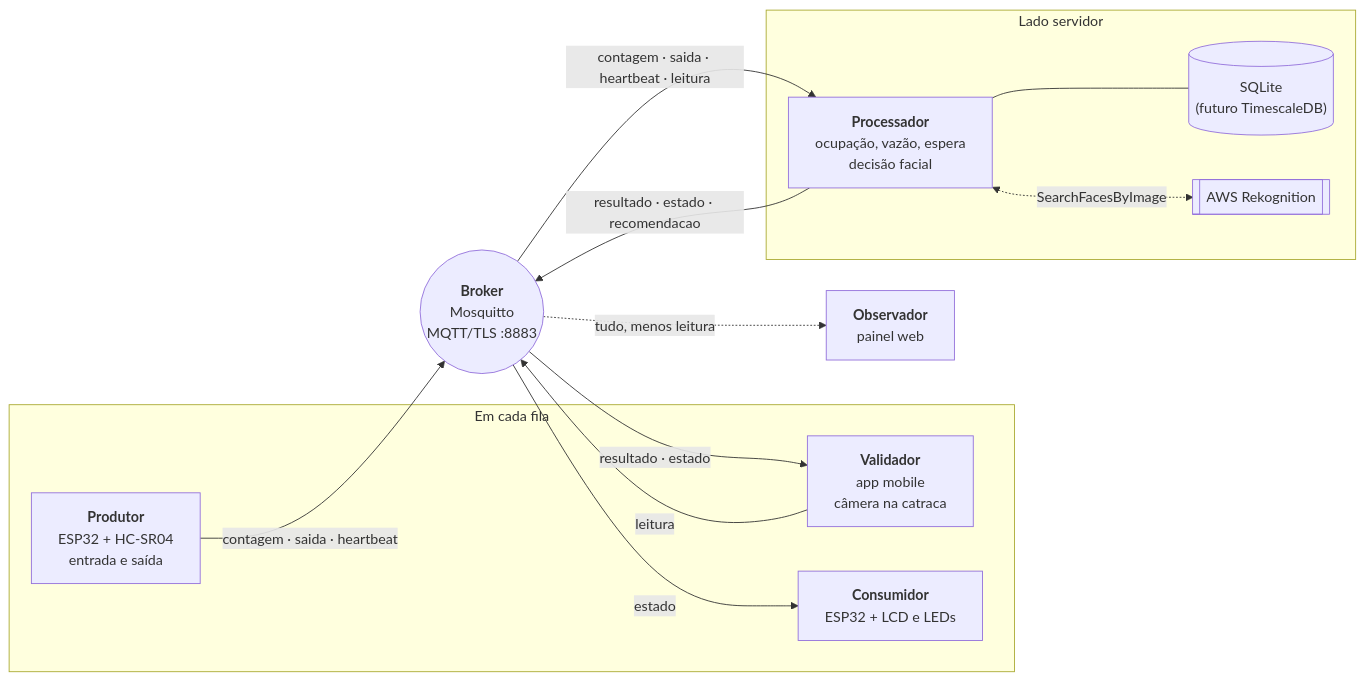
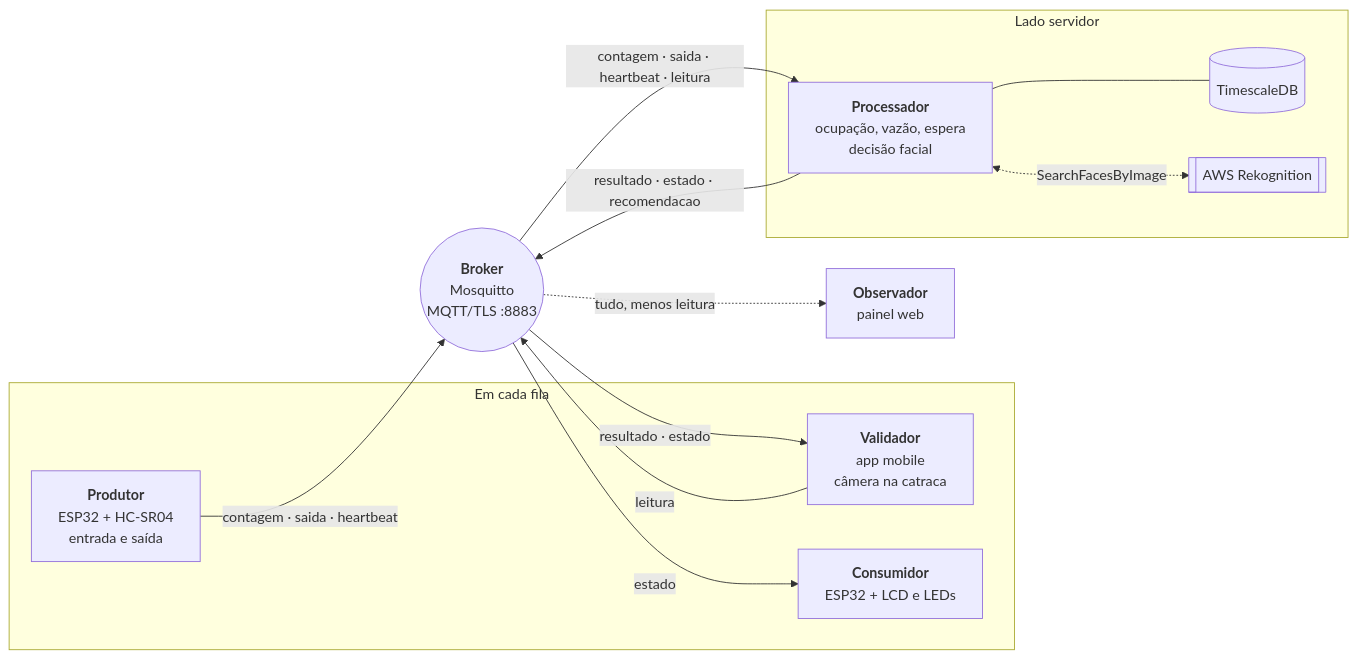
One commit to UFG-INF-SSU-2026/Leite-de-Pedra changed the first of 8 diagrams in docs/ARQUITETURA.md. Above: the diagram before and after it, drawn with Mermaid. The commit also changed other lines of this file and 2 other files, not shown here.

````diff
--- a/docs/ARQUITETURA.md
+++ b/docs/ARQUITETURA.md
@@ -37,28 +37,28 @@
 ```mermaid
 flowchart LR
     subgraph Fila["Em cada fila"]
         P["<b>Produtor</b><br/>ESP32 + HC-SR04<br/>entrada e saída"]
         V["<b>Validador</b><br/>app mobile<br/>câmera na catraca"]
         S["<b>Consumidor</b><br/>ESP32 + LCD e LEDs"]
     end
 
     B(("<b>Broker</b><br/>Mosquitto<br/>MQTT/TLS :8883"))
 
     subgraph Servidor["Lado servidor"]
         C["<b>Processador</b><br/>ocupação, vazão, espera<br/>decisão facial"]
-        DB[("SQLite<br/>(futuro TimescaleDB)")]
+        DB[("TimescaleDB")]
         R[["AWS Rekognition"]]
     end
 
     O["<b>Observador</b><br/>painel web"]
 
     P -- "contagem · saida · heartbeat" --> B
     V -- "leitura" --> B
     B -- "contagem · saida · heartbeat · leitura" --> C
     C --- DB
     C <-. "SearchFacesByImage" .-> R
     C -- "resultado · estado · recomendacao" --> B
     B -- "estado" --> S
     B -- "resultado · estado" --> V
     B -. "tudo, menos leitura" .-> O
 ```
````
